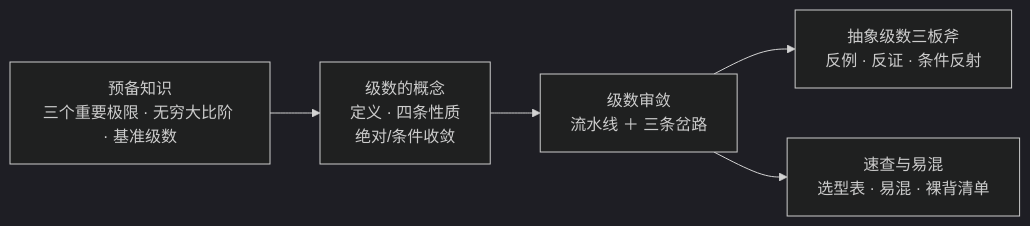
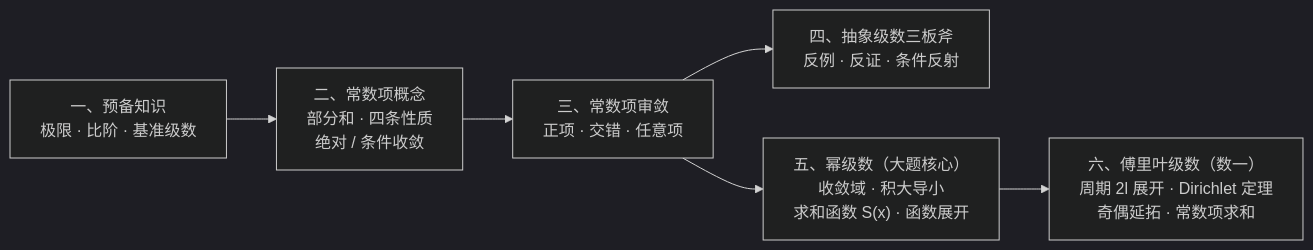
The diagram in 04_数学大观/高数大观/级数/无穷级数 MOC.md (priceHE2002/Obsidian), drawn with Mermaid (dark theme) before and after one commit. The commit also changed other lines of this file and 7 other files, not shown here.

````diff
--- a/04_数学大观/高数大观/级数/无穷级数 MOC.md
+++ b/04_数学大观/高数大观/级数/无穷级数 MOC.md
@@ -25,7 +26,8 @@
 ```mermaid
 flowchart LR
-    A["预备知识<br/>三个重要极限 · 无穷大比阶 · 基准级数"] --> B["级数的概念<br/>定义 · 四条性质<br/>绝对/条件收敛"]
-    B --> C["级数审敛<br/>流水线 ＋ 三条岔路"]
-    C --> D["抽象级数三板斧<br/>反例 · 反证 · 条件反射"]
-    C --> E["速查与易混<br/>选型表 · 易混 · 裸背清单"]
+    A["一、预备知识<br/>极限 · 比阶 · 基准级数"] --> B["二、常数项概念<br/>部分和 · 四条性质<br/>绝对 / 条件收敛"]
+    B --> C["三、常数项审敛<br/>正项 · 交错 · 任意项"]
+    C --> D["四、抽象级数三板斧<br/>反例 · 反证 · 条件反射"]
+    C --> E["五、幂级数（大题核心）<br/>收敛域 · 积大导小<br/>求和函数 S(x) · 函数展开"]
+    E --> F["六、傅里叶级数（数一）<br/>周期 2l 展开 · Dirichlet 定理<br/>奇偶延拓 · 常数项求和"]
 ```
````
